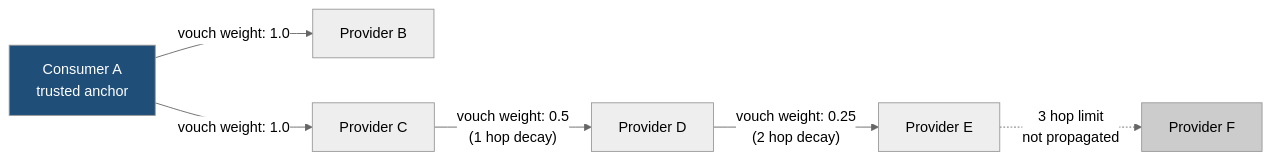
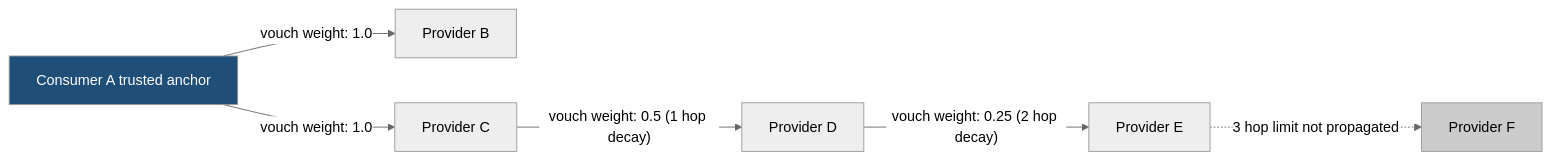
One commit to syneroym/syneroym changed diagram 13 of 21 in docs/architecture.md. Above: the diagram before and after it, drawn with Mermaid (neutral theme). The commit also changed other lines of this file, not shown here.

````diff
--- a/docs/architecture.md
+++ b/docs/architecture.md
@@ -487,11 +486,11 @@
 ```mermaid
 flowchart LR
-    A[Consumer A\ntrusted anchor] -->|"vouch weight: 1.0"| B[Provider B]
+    A[Consumer A trusted anchor] -->|"vouch weight: 1.0"| B[Provider B]
     A -->|"vouch weight: 1.0"| C[Provider C]
-    C -->|"vouch weight: 0.5\n(1 hop decay)"| D[Provider D]
-    D -->|"vouch weight: 0.25\n(2 hop decay)"| E[Provider E]
-    E -. "3 hop limit\nnot propagated" .-> F[Provider F]
+    C -->|"vouch weight: 0.5 (1 hop decay)"| D[Provider D]
+    D -->|"vouch weight: 0.25 (2 hop decay)"| E[Provider E]
+    E -. "3 hop limit not propagated" .-> F[Provider F]
 
     style A fill:#1F4E79,color:#fff
     style F fill:#CCCCCC
 ```
````
